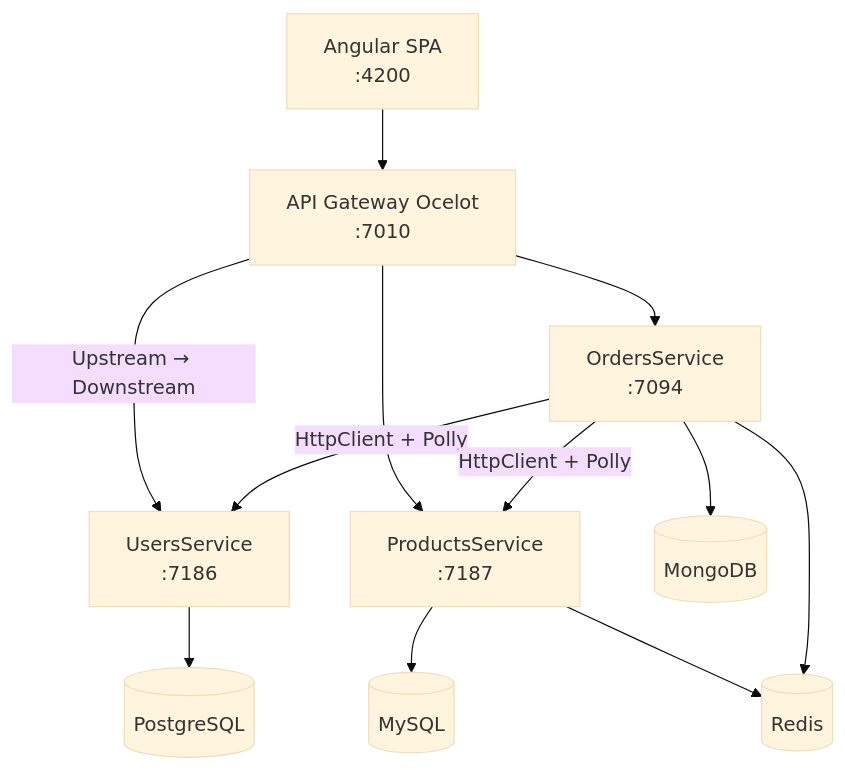
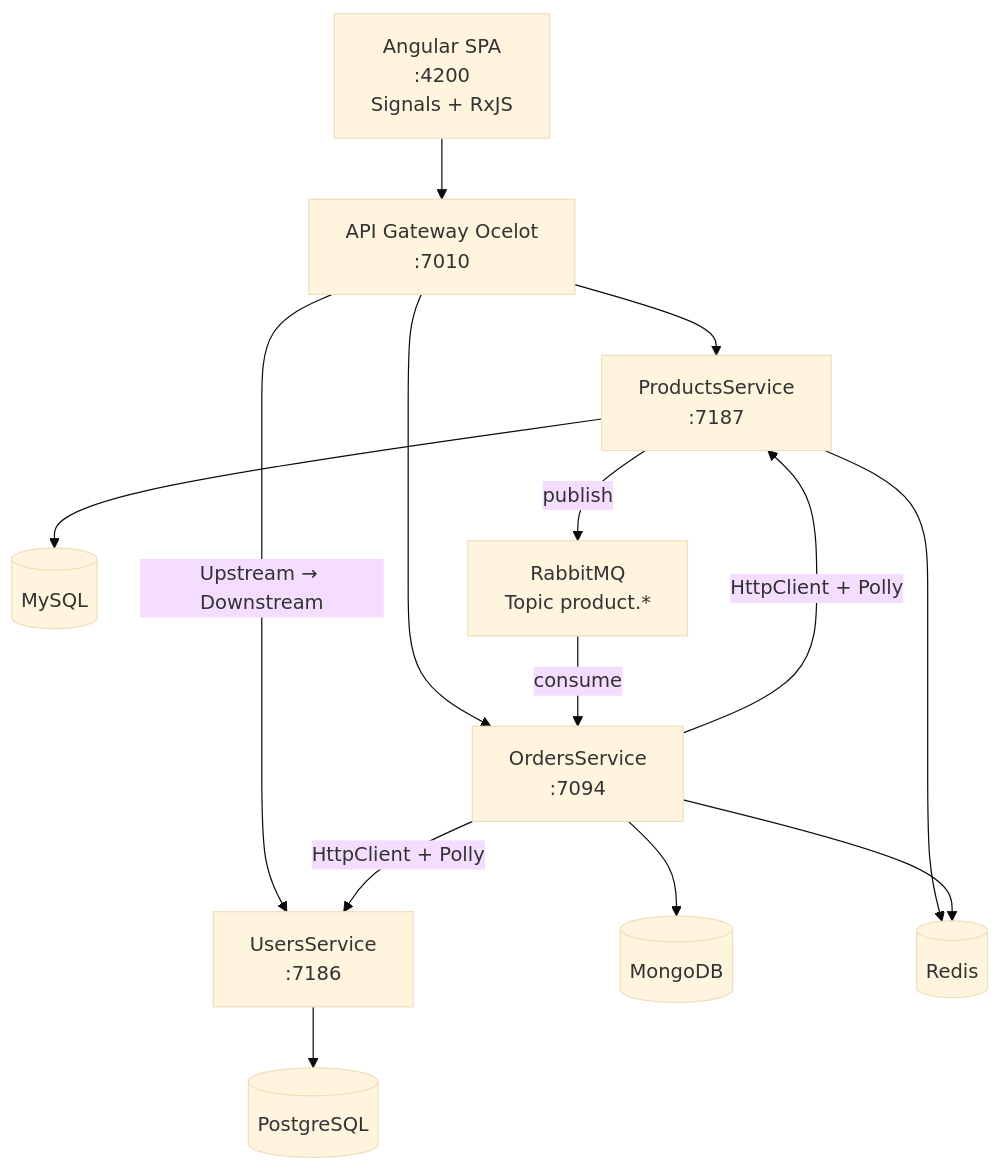
The diagram in README.md (gui-silva-github/eCommerceMicroservice), drawn with Mermaid (base theme) before and after one commit. The commit also changed other lines of this file and 1 other file, not shown here.

````diff
--- a/README.md
+++ b/README.md
@@ -281,28 +322,31 @@
 ```mermaid
 flowchart TB
-    Angular["Angular SPA<br/>:4200"]
+    Angular["Angular SPA<br/>:4200<br/>Signals + RxJS"]
     Gateway["API Gateway Ocelot<br/>:7010"]
 
     Users["UsersService<br/>:7186"]
     Products["ProductsService<br/>:7187"]
     Orders["OrdersService<br/>:7094"]
 
     PG[("PostgreSQL")]
     MySQL[("MySQL")]
     Mongo[("MongoDB")]
     Redis[("Redis")]
+    RMQ["RabbitMQ<br/>Topic product.*"]
 
     Angular --> Gateway
     Gateway -->|"Upstream → Downstream"| Users
     Gateway --> Products
     Gateway --> Orders
 
     Users --> PG
     Products --> MySQL
     Products --> Redis
+    Products -->|"publish"| RMQ
     Orders --> Mongo
     Orders --> Redis
+    RMQ -->|"consume"| Orders
 
     Orders -->|"HttpClient + Polly"| Users
     Orders -->|"HttpClient + Polly"| Products
 ```
````
